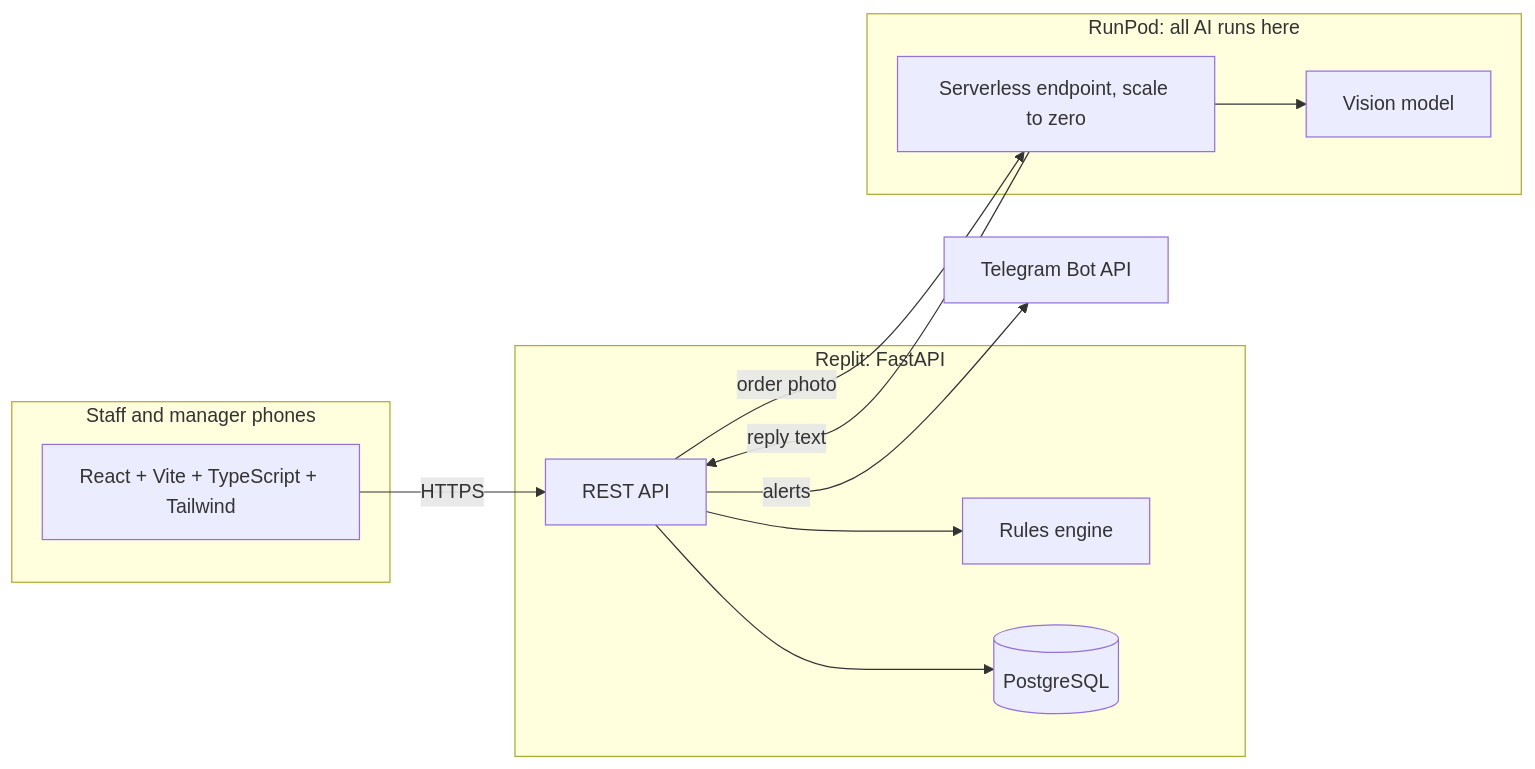
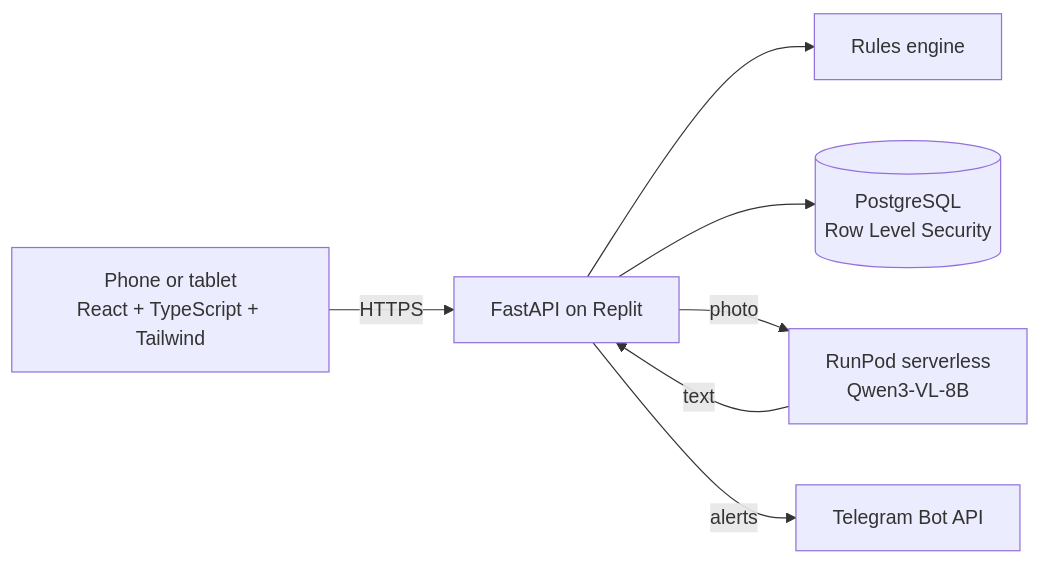
Before and after one commit to Dellrall/SOPBox: the diagram in README.md, drawn with Mermaid. The commit also changed other lines of this file and 1 other file, not shown here.

````diff
--- a/README.md
+++ b/README.md
@@ -62,24 +63,9 @@
 ```mermaid
 flowchart LR
-  subgraph Phone["Staff and manager phones"]
-    UI["React + Vite + TypeScript + Tailwind"]
-  end
-  subgraph App["Replit: FastAPI"]
-    API["REST API"]
-    RULES["Rules engine"]
-    DB[("PostgreSQL")]
-  end
-  subgraph RunPod["RunPod: all AI runs here"]
-    EP["Serverless endpoint, scale to zero"]
-    VLM["Vision model"]
-  end
-  TG["Telegram Bot API"]
-
-  UI -->|HTTPS| API
-  API --> RULES
-  API --> DB
-  API -->|order photo| EP
-  EP --> VLM
-  EP -->|reply text| API
-  API -->|alerts| TG
+  UI["Phone or tablet<br/>React + TypeScript + Tailwind"] -->|HTTPS| API["FastAPI on Replit"]
+  API --> RULES["Rules engine"]
+  API --> DB[("PostgreSQL<br/>Row Level Security")]
+  API -->|photo| AI["RunPod serverless<br/>Qwen3-VL-8B"]
+  AI -->|text| API
+  API -->|alerts| TG["Telegram Bot API"]
 ```
````
